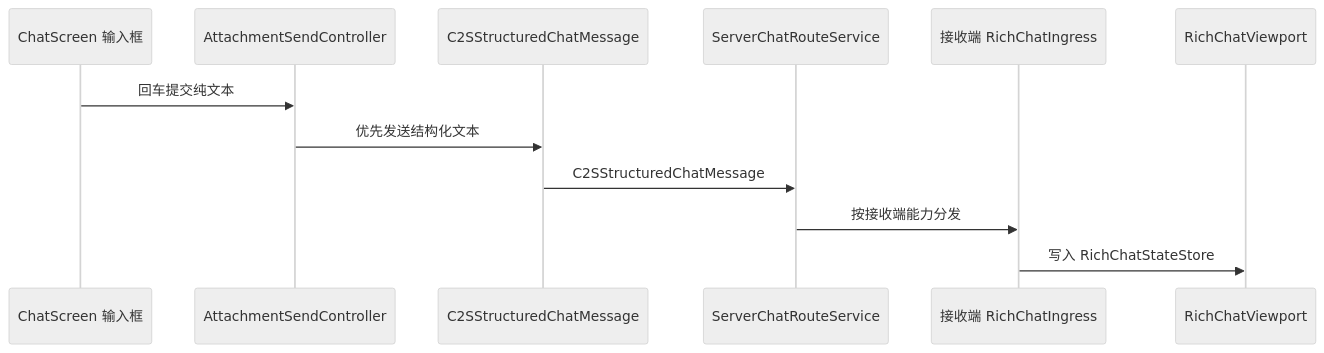
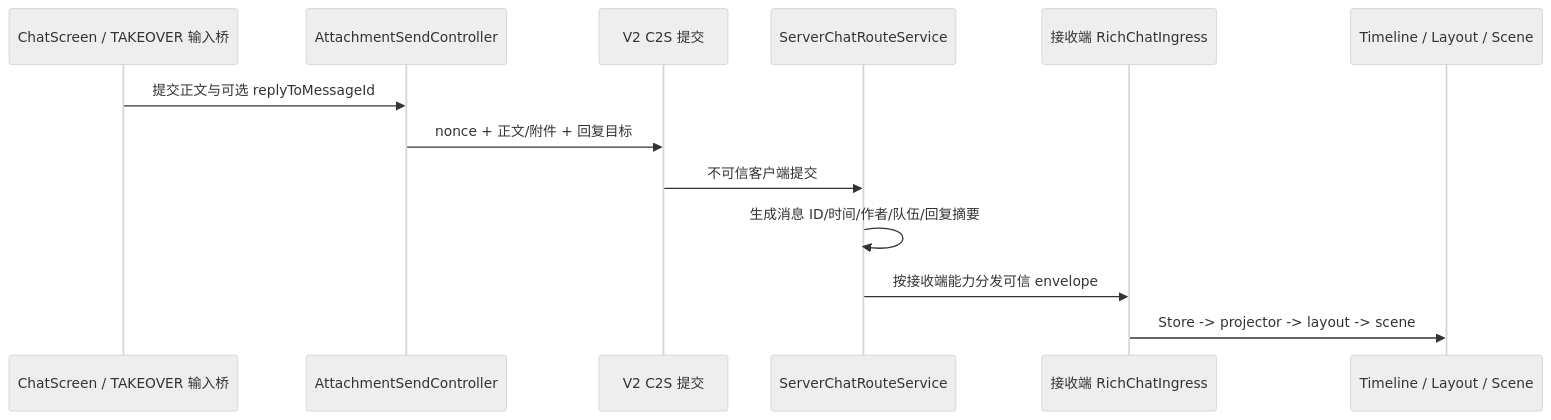
One commit to LoosePrince/chat-upgrade changed the second of 3 diagrams in docs/architecture.md. Above: the diagram before and after it, drawn with Mermaid (neutral theme). The commit also changed other lines of this file and 23 other files, not shown here.

````diff
--- a/docs/architecture.md
+++ b/docs/architecture.md
@@ -117,15 +130,16 @@
 ```mermaid
 sequenceDiagram
-    participant Input as ChatScreen 输入框
+    participant Input as ChatScreen / TAKEOVER 输入桥
     participant Send as AttachmentSendController
-    participant Net as C2SStructuredChatMessage
+    participant Net as V2 C2S 提交
     participant Server as ServerChatRouteService
     participant Client as 接收端 RichChatIngress
-    participant Viewport as RichChatViewport
+    participant Scene as Timeline / Layout / Scene
 
-    Input->>Send: 回车提交纯文本
-    Send->>Net: 优先发送结构化文本
-    Net->>Server: C2SStructuredChatMessage
-    Server->>Client: 按接收端能力分发
-    Client->>Viewport: 写入 RichChatStateStore
+    Input->>Send: 提交正文与可选 replyToMessageId
+    Send->>Net: nonce + 正文/附件 + 回复目标
+    Net->>Server: 不可信客户端提交
+    Server->>Server: 生成消息 ID/时间/作者/队伍/回复摘要
+    Server->>Client: 按接收端能力分发可信 envelope
+    Client->>Scene: Store -> projector -> layout -> scene
 ```
````
